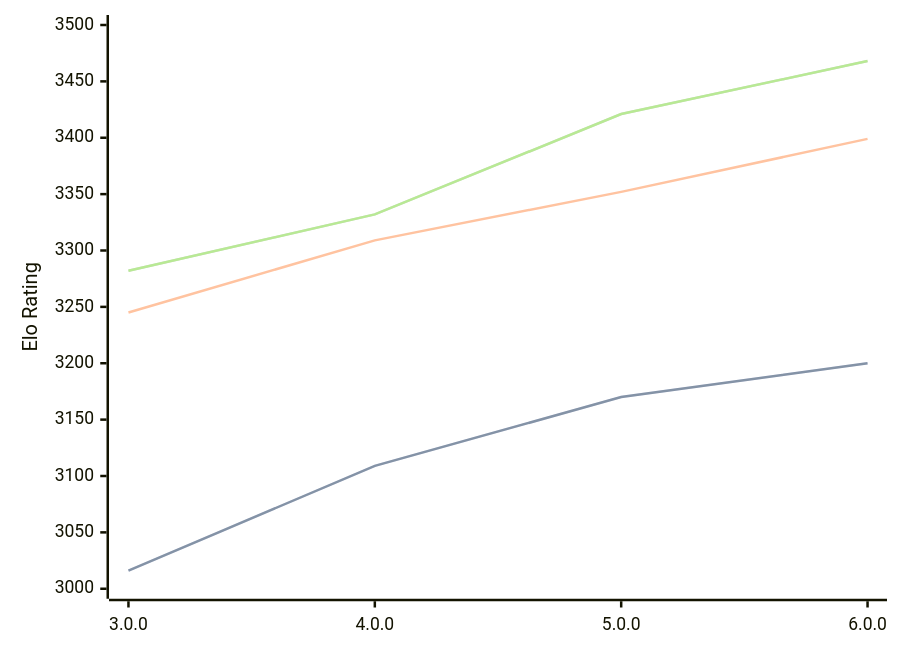
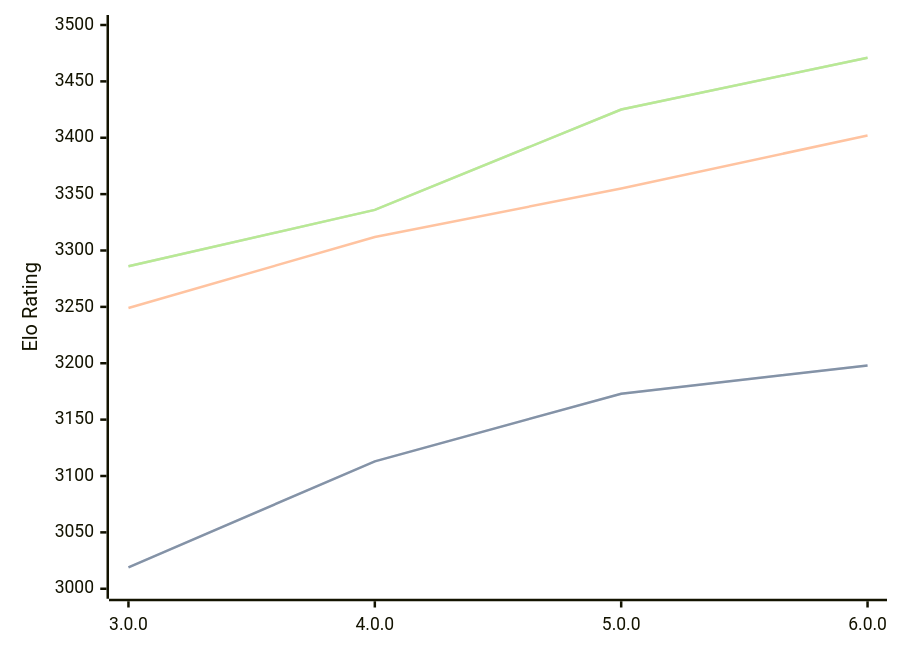
The diagram in engines/Minke.md (computer-chess-index/cci), drawn with Mermaid before and after one commit. The commit also changed other lines of this file, not shown here.

Commit message:
Update CCI Ratings (ELO VLTC) - 2026-04-30

````diff
--- a/engines/Minke.md
+++ b/engines/Minke.md
@@ -36,11 +36,11 @@
 ```mermaid
 %%{init: {"theme":"base","themeVariables":{"seriesColors:['#a3a3a3','#222221','#faa371']}}}%%
 xychart-beta
   x-axis ["3.0.0", "4.0.0", "5.0.0", "6.0.0"]
   y-axis "Elo Rating" 3000 --> 3500
-  line "STC (8.0+0.08s)" [3016, 3109, 3170, 3200]
-  line "STC (8.0+0.08s)" [3016, 3109, 3170, 3200]
-  line "LTC (60.0+0.60s)" [3245, 3309, 3352, 3399]
-  line "VLTC (2m24s+1.12s)" [3282, 3332, 3421, 3468]
-  line "VLTC (2m24s+1.12s)" [3282, 3332, 3421, 3468]
+  line "STC (8.0+0.08s)" [3019, 3113, 3173, 3198]
+  line "STC (8.0+0.08s)" [3019, 3113, 3173, 3198]
+  line "LTC (60.0+0.60s)" [3249, 3312, 3355, 3402]
+  line "VLTC (2m24s+1.12s)" [3286, 3336, 3425, 3471]
+  line "VLTC (2m24s+1.12s)" [3286, 3336, 3425, 3471]
 ```
````
